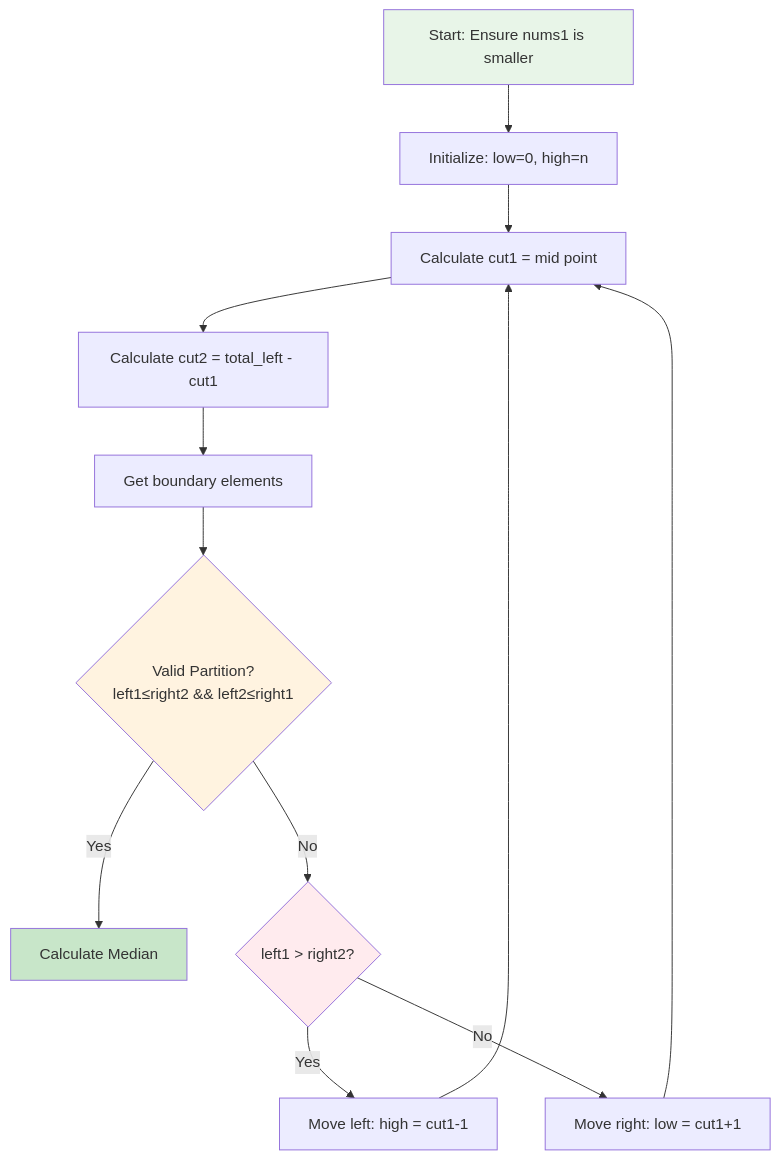
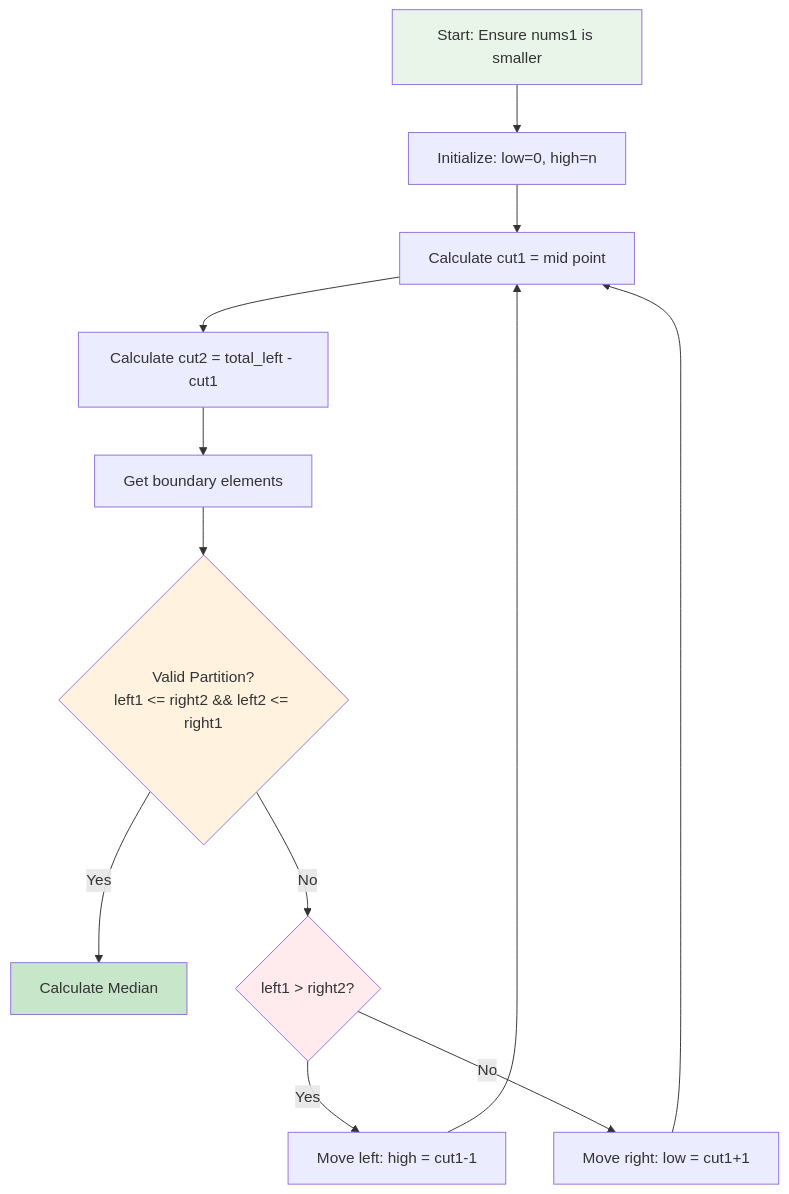
The third of 19 diagrams in Day_043/README.md (LuckyLongre123/DSA_CPP), drawn with Mermaid before and after one commit. The commit also changed other lines of this file, not shown here.

````diff
--- a/Day_043/README.md
+++ b/Day_043/README.md
@@ -88,19 +88,19 @@
 ```mermaid
 flowchart TD
     A[Start: Ensure nums1 is smaller] --> B[Initialize: low=0, high=n]
     B --> C[Calculate cut1 = mid point]
     C --> D[Calculate cut2 = total_left - cut1]
     D --> E[Get boundary elements]
-    E --> F{Valid Partition?<br/>left1≤right2 && left2≤right1}
+    E --> F{Valid Partition?<br/>left1 <= right2 && left2 <= right1}
     F -->|Yes| G[Calculate Median]
     F -->|No| H{left1 > right2?}
     H -->|Yes| I[Move left: high = cut1-1]
     H -->|No| J[Move right: low = cut1+1]
     I --> C
     J --> C
     
     style A fill:#e8f5e8
     style F fill:#fff3e0
     style G fill:#c8e6c9
     style H fill:#ffebee
 ```
````
